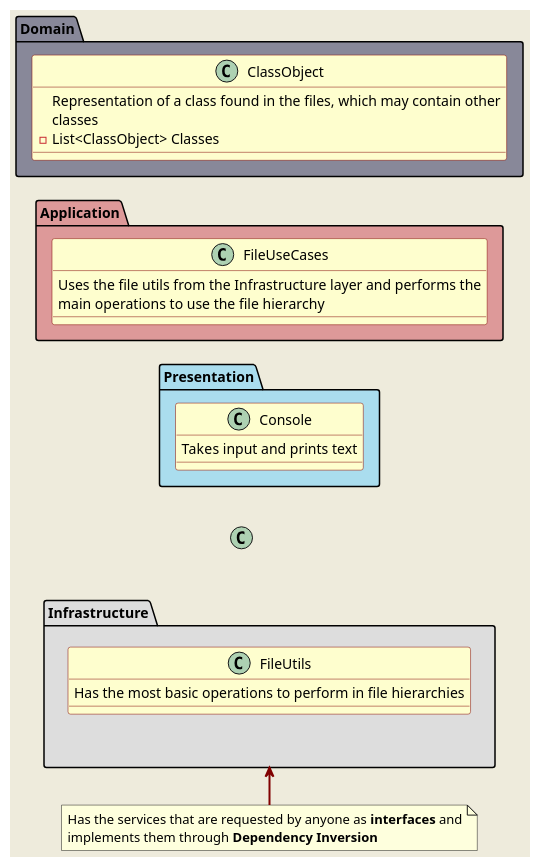
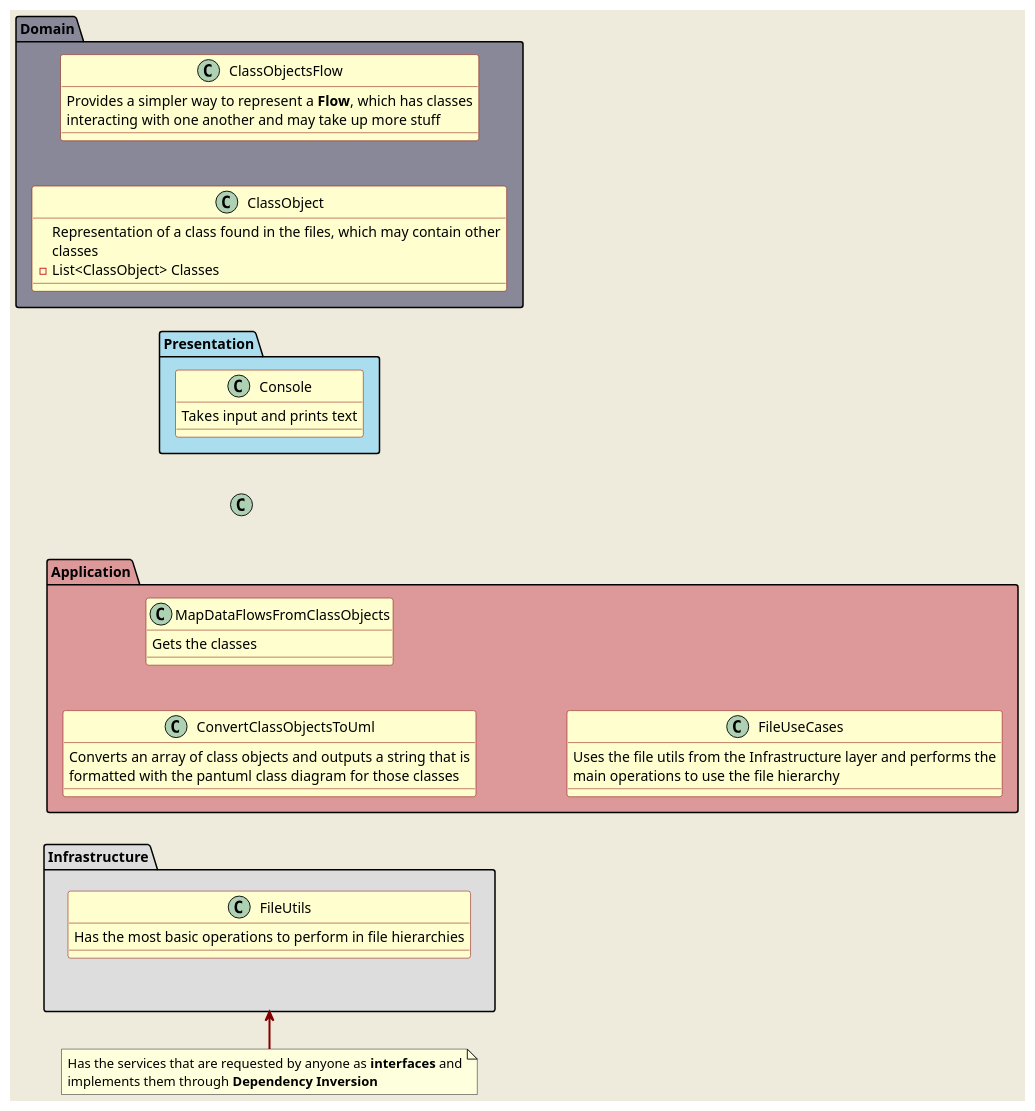
Before and after one commit to ToughKnee/FlowUML: the diagram in Deesign/StartingDesign.puml, drawn with PlantUML. The commit also changed 7 other files, not shown here.

```diff
--- a/Deesign/StartingDesign.puml
+++ b/Deesign/StartingDesign.puml
@@ -1,68 +1,85 @@
 @startuml
 
 'skinparam componentStyle uml1
 'skinparam linetype polyline
 'skinparam linetype ortho
 skinparam Nodesep 45
 'skinparam Ranksep 45
 'top to bottom direction
 left to right direction
 skinparam wrapWidth 450
 Skinparam backgroundColor #EEEBDC
 skinparam class {
 ArrowColor Maroon
 BorderColor Maroon
 BackgroundColor  #fefece
 ArrowThickness 2
 }
 
 '//===========================  Layout object, invisible object to maipualte the position of other objects
 skinparam class<<Layout>> {
   borderColor Transparent
   backgroundColor Transparent
   fontColor Transparent
   stereotypeFontColor Transparent
 }
 class layouter <<Layout>>
 '//====
 
 package Presentation #ade
 {
   class Console
   {
     Takes input and prints text
 
   }
 }
 
 
 package Infrastructure #ddd 
 {
   class FileUtils
   {
     Has the most basic operations to perform in file hierarchies
   }
 }
 note as infLayerNote
   Has the services that are requested by anyone as **interfaces** and implements them through **Dependency Inversion**
   end note
   infLayerNote -> Infrastructure
 
 
 package Application #d99
 {
+  'TODO: Rethink if this is a good way to manipulate a **Flow** 
+  class ConvertClassObjectsToUml
+  {
+    Converts an array of class objects and outputs a string that is formatted with the pantuml class diagram for those classes
+  }
+
+  class MapDataFlowsFromClassObjects
+  {
+    Gets the classes 
+  }
+
   class FileUseCases
   {
     Uses the file utils from the Infrastructure layer and performs the main operations to use the file hierarchy
   }
 }
 package Domain #889
 {
+  'TODO: Rethink as  just **Flow** instead of this name
+  class ClassObjectsFlow
+  {
+    Provides a simpler way to represent a **Flow**, which has classes interacting with one another and may take up more stuff
+  }
+
   class ClassObject
   {
     Representation of a class found in the files, which may contain other classes
     -List<ClassObject> Classes 
   }
 }
 
 @enduml
```
